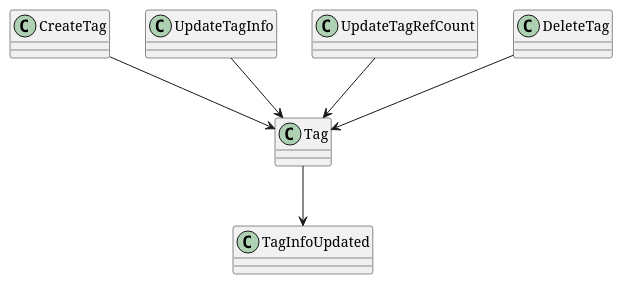
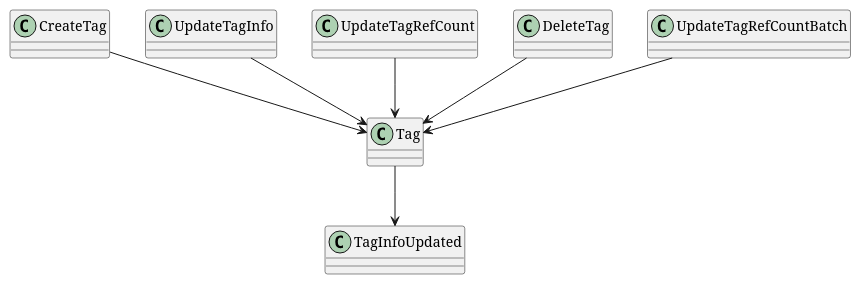
One commit to LDmoxeii/only4-KSP-cap4j changed the diagram in design/domain/tag/relationCDE.puml. Above: the diagram before and after it, drawn with PlantUML. The commit also changed 18 other files, not shown here.

```diff
--- a/design/domain/tag/relationCDE.puml
+++ b/design/domain/tag/relationCDE.puml
@@ -1,8 +1,9 @@
 @startuml
-CreateTag           -down-> Tag
-UpdateTagInfo       -down-> Tag
-UpdateTagRefCount   -down-> Tag
-DeleteTag           -down-> Tag
+CreateTag               -down-> Tag
+UpdateTagInfo           -down-> Tag
+UpdateTagRefCount       -down-> Tag
+DeleteTag               -down-> Tag
+UpdateTagRefCountBatch  -down-> Tag
 
 Tag -down-> TagInfoUpdated
 @enduml
```
